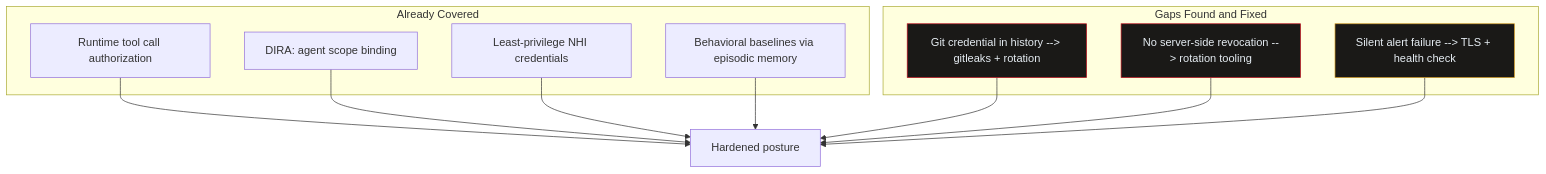
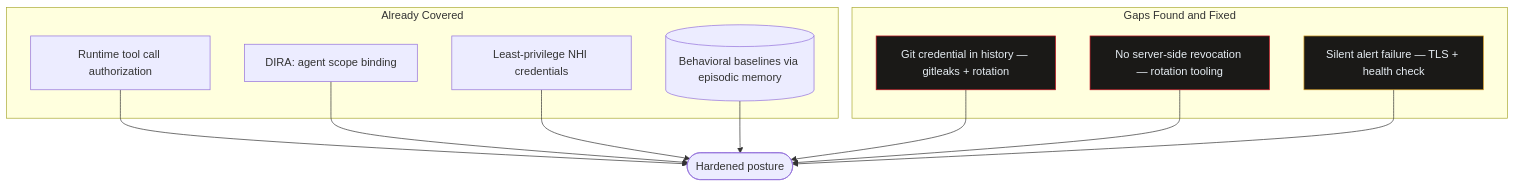
The second of 2 diagrams in src/content/analysis/loud-breach.mdx (CyberdaemonAI/cyberdaemon-site), drawn with Mermaid before and after one commit. The commit also changed other lines of this file and 23 other files, not shown here.

First line of the commit message:
style(diagrams): retrofit all mermaid diagrams to flowchart syntax site-wide

````diff
--- a/src/content/analysis/loud-breach.mdx
+++ b/src/content/analysis/loud-breach.mdx
@@ -189,24 +189,24 @@
 ```mermaid
-graph TD
-    subgraph "Already Covered"
-        AUTH["Runtime tool call authorization"]
-        DIRA["DIRA: agent scope binding"]
-        LSP["Least-privilege NHI credentials"]
-        BL["Behavioral baselines via episodic memory"]
+flowchart TD
+    subgraph covered["Already Covered"]
+        AUTH[Runtime tool call authorization]
+        DIRA[DIRA: agent scope binding]
+        LSP[Least-privilege NHI credentials]
+        BL[(Behavioral baselines via episodic memory)]
     end
-    subgraph "Gaps Found and Fixed"
-        GIT["Git credential in history --> gitleaks + rotation"]
-        REV["No server-side revocation --> rotation tooling"]
-        ALERT["Silent alert failure --> TLS + health check"]
+    subgraph fixed["Gaps Found and Fixed"]
+        GIT[Git credential in history — gitleaks + rotation]
+        REV[No server-side revocation — rotation tooling]
+        ALERT[Silent alert failure — TLS + health check]
     end
-    AUTH --> SAFE["Hardened posture"]
+    AUTH --> SAFE([Hardened posture])
     DIRA --> SAFE
     LSP --> SAFE
     BL --> SAFE
     GIT --> SAFE
     REV --> SAFE
     ALERT --> SAFE
     style GIT fill:#1a1917,stroke:#C1121F,color:#E6EDF3
     style REV fill:#1a1917,stroke:#C1121F,color:#E6EDF3
     style ALERT fill:#1a1917,stroke:#D29922,color:#E6EDF3
 ```
````
